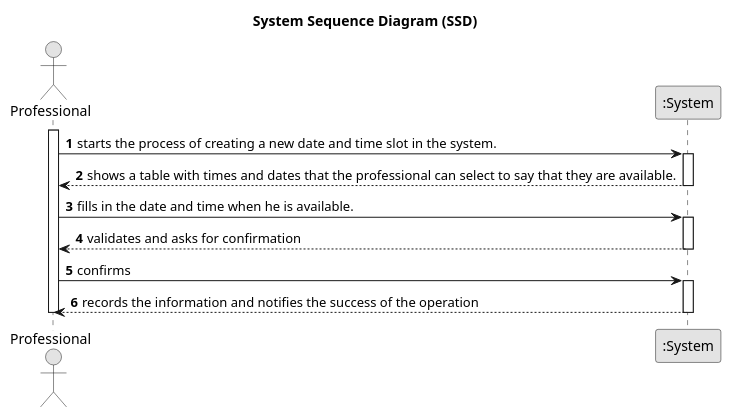
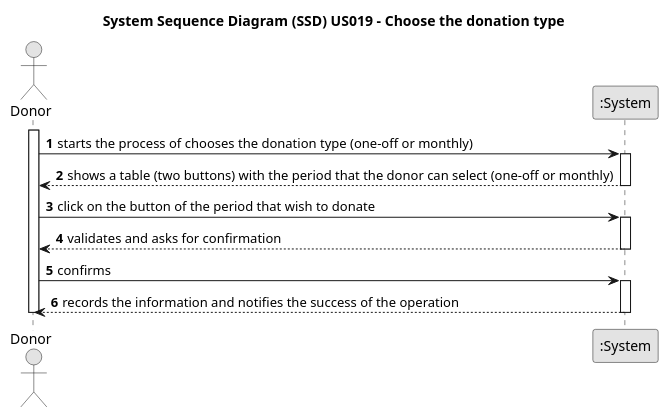
The diagram in javaSprint2GladlyGiven/Docs/UseCases/uc019/us019-SSD.puml (tbarracha/Upskill-Sprint-2-Gladly-Given), drawn with PlantUML before and after one commit. The commit also changed 5 other files, not shown here.

```diff
--- a/javaSprint2GladlyGiven/Docs/UseCases/uc019/us019-SSD.puml
+++ b/javaSprint2GladlyGiven/Docs/UseCases/uc019/us019-SSD.puml
@@ -1,30 +1,30 @@
 @startuml
 skinparam monochrome true
 skinparam packageStyle rectangle
 skinparam shadowing false
 
-title System Sequence Diagram (SSD)
+title System Sequence Diagram (SSD) US019 - Choose the donation type
 
 autonumber
 
-actor Professional
+actor Donor
 participant ":System" as System
 
-activate Professional
-    Professional -> System : starts the process of creating a new date and time slot in the system.
+activate Donor
+    Donor -> System : starts the process of chooses the donation type (one-off or monthly)
     activate System
-        System --> Professional : shows a table with times and dates that the professional can select to say that they are available.
+        System --> Donor : shows a table (two buttons) with the period that the donor can select (one-off or monthly)
     deactivate System
 
-    Professional -> System : fills in the date and time when he is available.
+    Donor -> System : click on the button of the period that wish to donate
     activate System
-        System --> Professional : validates and asks for confirmation
+        System --> Donor : validates and asks for confirmation
     deactivate System
 
-    Professional -> System : confirms
+    Donor -> System : confirms
     activate System
-        System --> Professional : records the information and notifies the success of the operation
+        System --> Donor : records the information and notifies the success of the operation
     deactivate System
-deactivate Professional
+deactivate Donor
 
 @enduml
```
